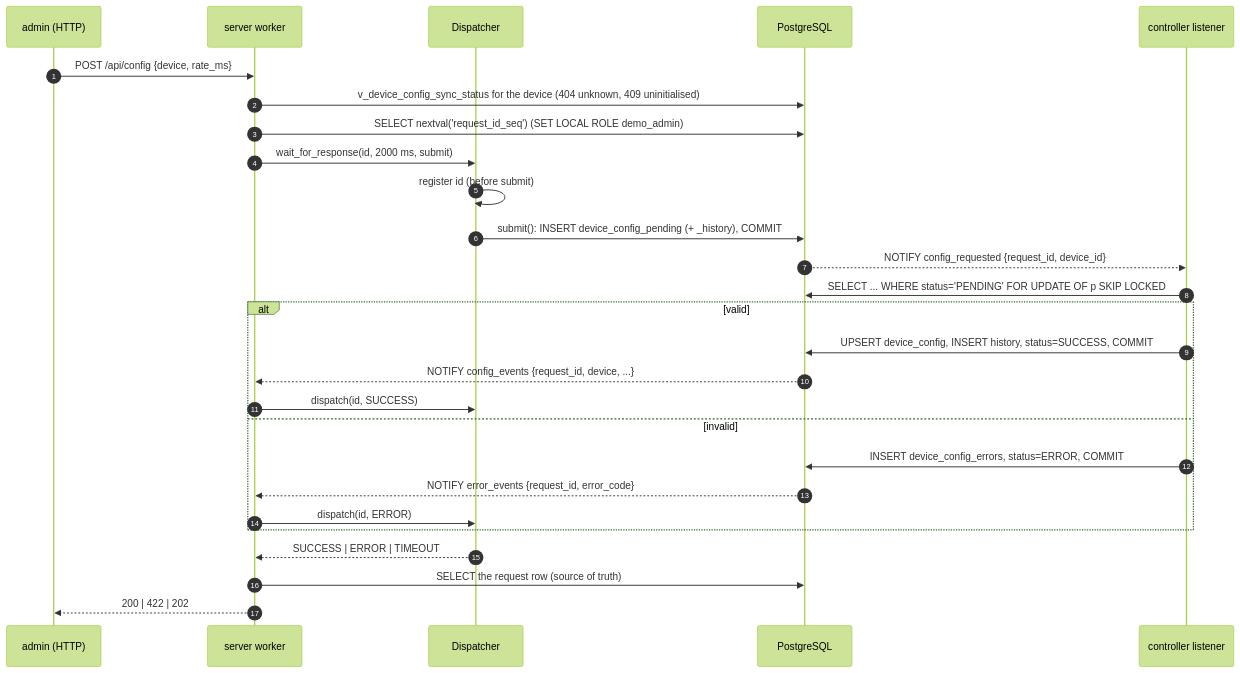
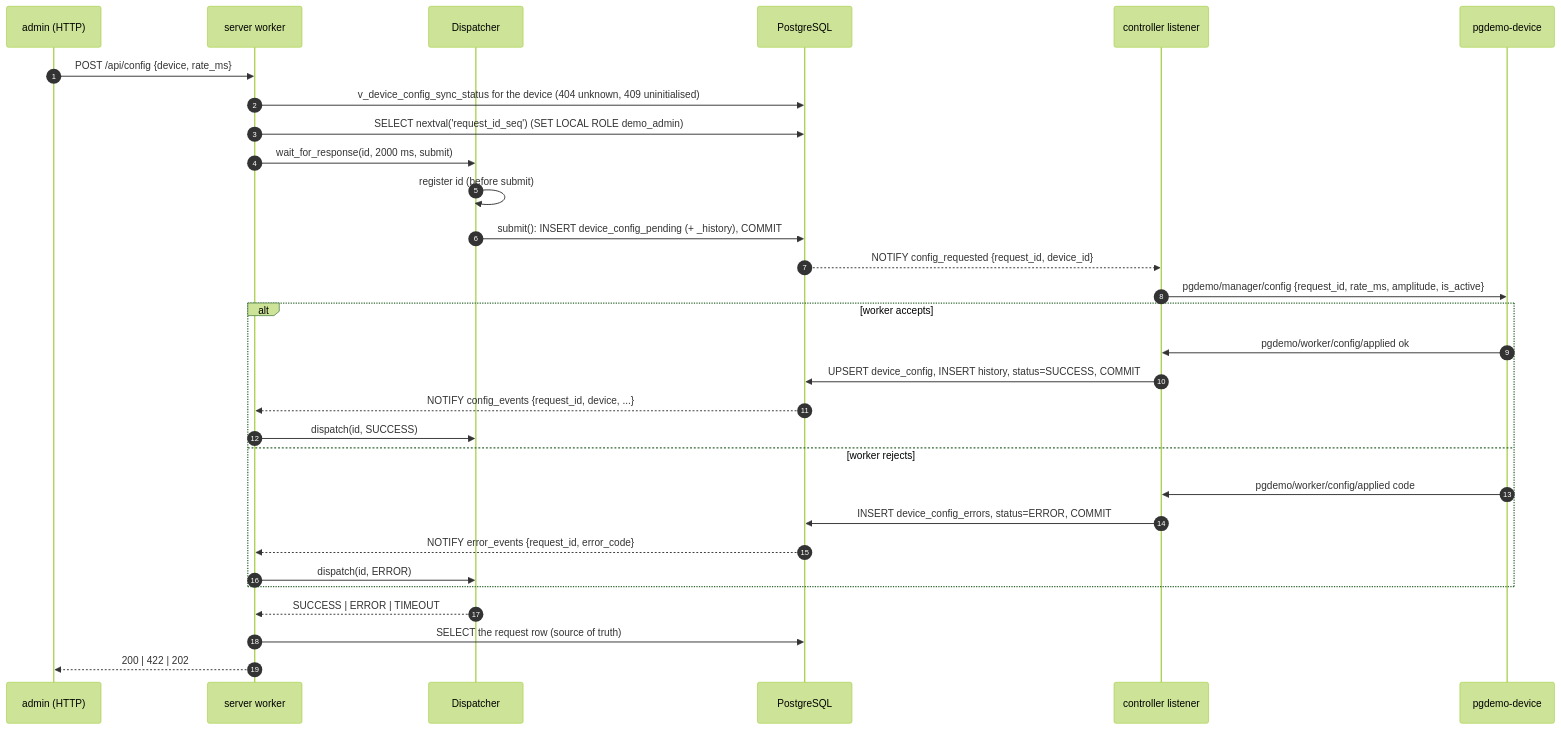
The third of 5 diagrams in docs/ARCHITECTURE.md (jgmatu/postgresql), drawn with Mermaid (forest theme) before and after one commit. The commit also changed other lines of this file and 24 other files, not shown here.

First line of the commit message:
Record a configuration only after the worker accepts it.

````diff
--- a/docs/ARCHITECTURE.md
+++ b/docs/ARCHITECTURE.md
@@ -140,29 +140,32 @@
 ```mermaid
 sequenceDiagram
     autonumber
     participant A as admin (HTTP)
     participant S as server worker
     participant D as Dispatcher
     participant PG as PostgreSQL
     participant C as controller listener
+    participant W as pgdemo-device
     A->>S: POST /api/config {device, rate_ms}
     S->>PG: v_device_config_sync_status for the device (404 unknown, 409 uninitialised)
     S->>PG: SELECT nextval('request_id_seq')  (SET LOCAL ROLE demo_admin)
     S->>D: wait_for_response(id, 2000 ms, submit)
     D->>D: register id (before submit)
     D->>PG: submit(): INSERT device_config_pending (+ _history), COMMIT
     PG-->>C: NOTIFY config_requested {request_id, device_id}
-    C->>PG: SELECT ... WHERE status='PENDING' FOR UPDATE OF p SKIP LOCKED
-    alt valid
+    C->>W: pgdemo/manager/config {request_id, rate_ms, amplitude, is_active}
+    alt worker accepts
+        W->>C: pgdemo/worker/config/applied ok
         C->>PG: UPSERT device_config, INSERT history, status=SUCCESS, COMMIT
         PG-->>S: NOTIFY config_events {request_id, device, ...}
         S->>D: dispatch(id, SUCCESS)
-    else invalid
+    else worker rejects
+        W->>C: pgdemo/worker/config/applied code
         C->>PG: INSERT device_config_errors, status=ERROR, COMMIT
         PG-->>S: NOTIFY error_events {request_id, error_code}
         S->>D: dispatch(id, ERROR)
     end
     D-->>S: SUCCESS | ERROR | TIMEOUT
     S->>PG: SELECT the request row (source of truth)
     S-->>A: 200 | 422 | 202
 ```
````
